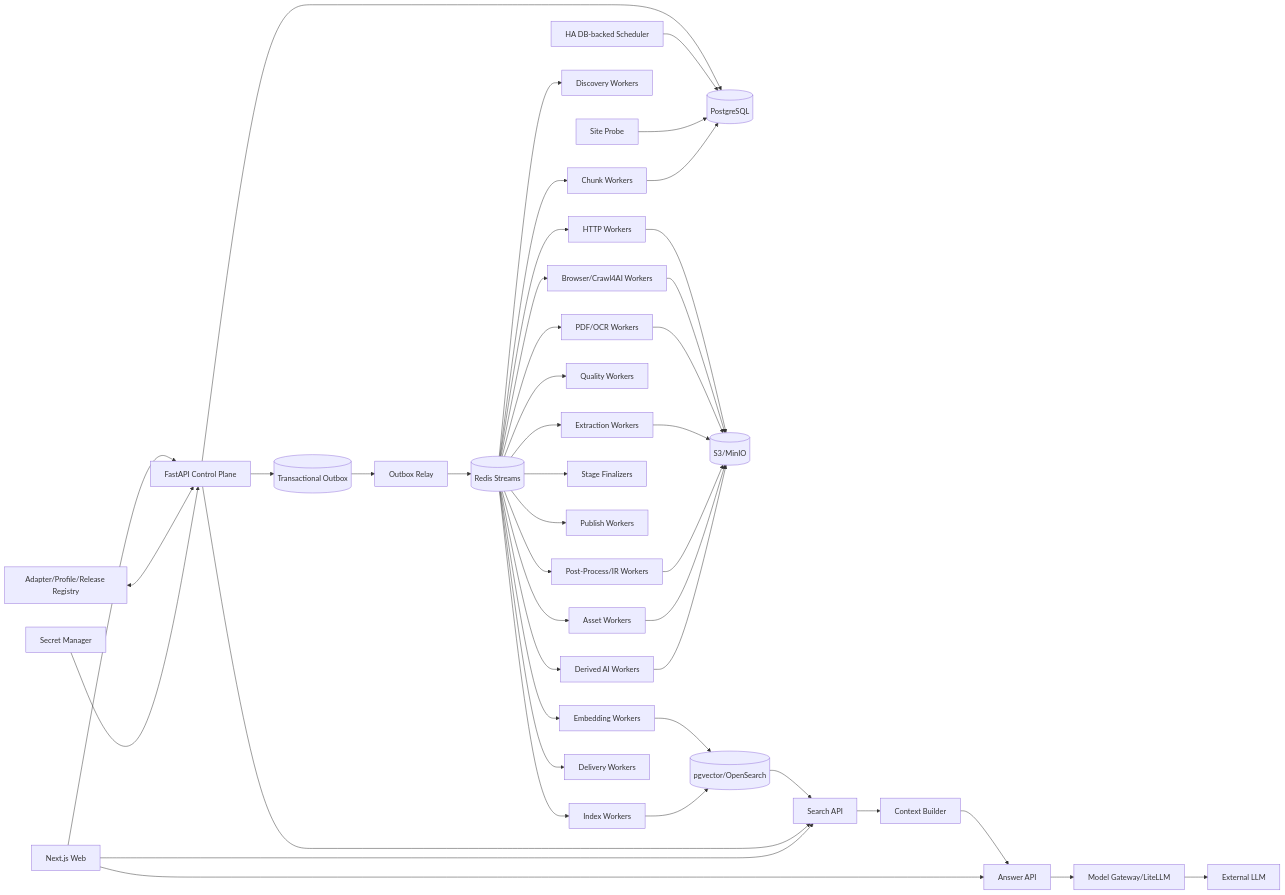
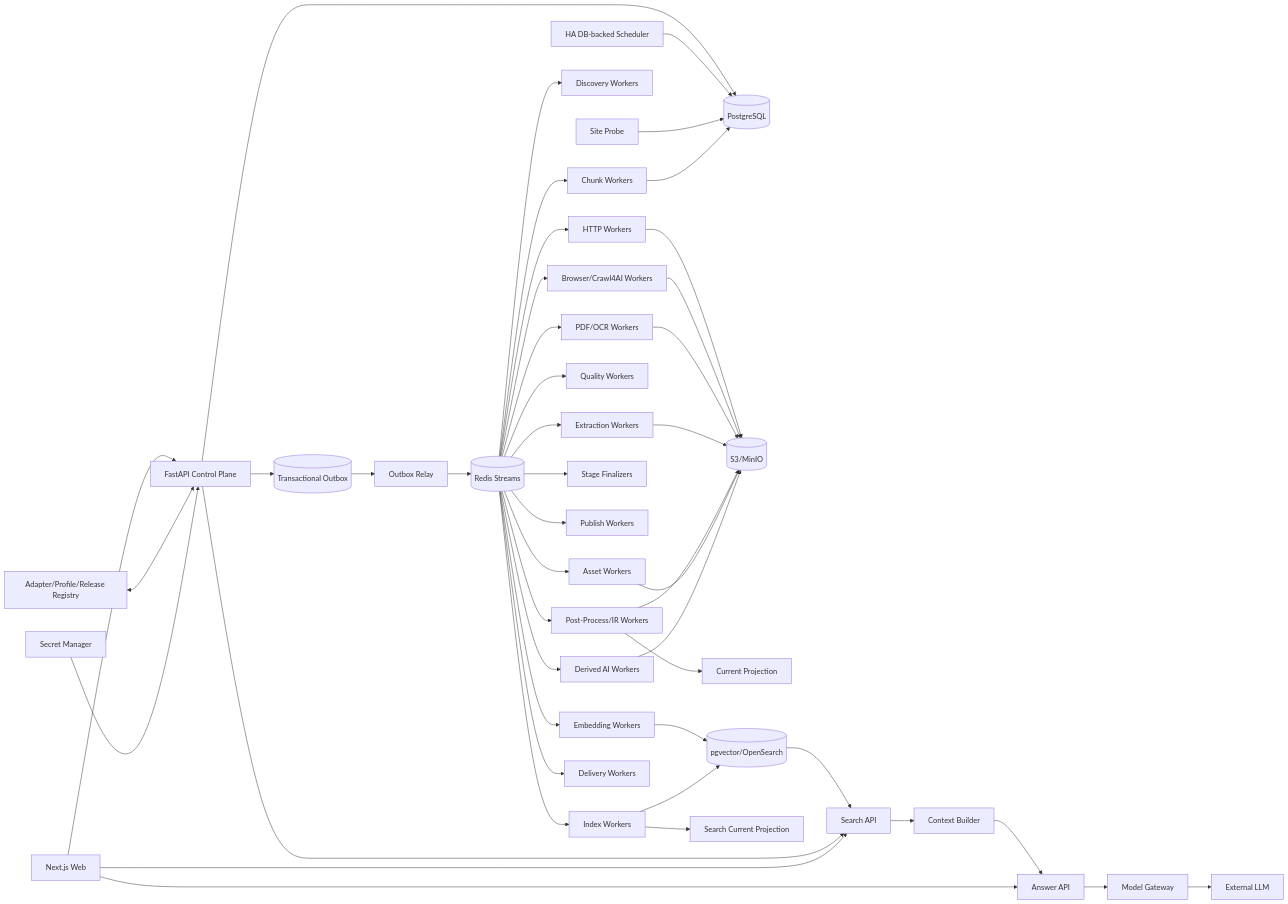
One commit to WorkerXu/my-doc changed the diagram in 博客知识库技术方案.md. Above: the diagram before and after it, drawn with Mermaid. The commit also changed other lines of this file, not shown here.

Commit message:
完善博客知识库当前视图与运营管理方案

````diff
--- a/博客知识库技术方案.md
+++ b/博客知识库技术方案.md
@@ -51,52 +52,54 @@
 ```mermaid
 flowchart LR
     UI[Next.js Web] --> API[FastAPI Control Plane]
     API --> PG[(PostgreSQL)]
     API --> OUT[(Transactional Outbox)]
 
     SCH[HA DB-backed Scheduler] --> PG
     REG[Adapter/Profile/Release Registry] <--> API
     PROBE[Site Probe] --> PG
     SEC[Secret Manager] --> API
 
     OUT --> RELAY[Outbox Relay]
     RELAY --> Q[(Redis Streams)]
 
     Q --> DW[Discovery Workers]
     Q --> HF[HTTP Workers]
     Q --> BW[Browser/Crawl4AI Workers]
     Q --> PDF[PDF/OCR Workers]
     Q --> EX[Extraction Workers]
     Q --> PP[Post-Process/IR Workers]
     Q --> QV[Quality Workers]
     Q --> AW[Asset Workers]
     Q --> FIN[Stage Finalizers]
     Q --> PB[Publish Workers]
     Q --> CW[Chunk Workers]
     Q --> EW[Embedding Workers]
     Q --> IX[Index Workers]
     Q --> AI[Derived AI Workers]
     Q --> NT[Delivery Workers]
 
     HF --> OBJ[(S3/MinIO)]
     BW --> OBJ
     PDF --> OBJ
     EX --> OBJ
     PP --> OBJ
     AW --> OBJ
     AI --> OBJ
 
+    PP --> CUR[Current Projection]
     CW --> PG
     EW --> SEARCH[(pgvector/OpenSearch)]
     IX --> SEARCH
+    IX --> SCUR[Search Current Projection]
 
     SEARCH --> SA[Search API]
     SA --> CB[Context Builder]
     CB --> AA[Answer API]
-    AA --> MG[Model Gateway/LiteLLM]
+    AA --> MG[Model Gateway]
     MG --> LLM[External LLM]
 
     API --> SA
     UI --> SA
     UI --> AA
 ```
````
